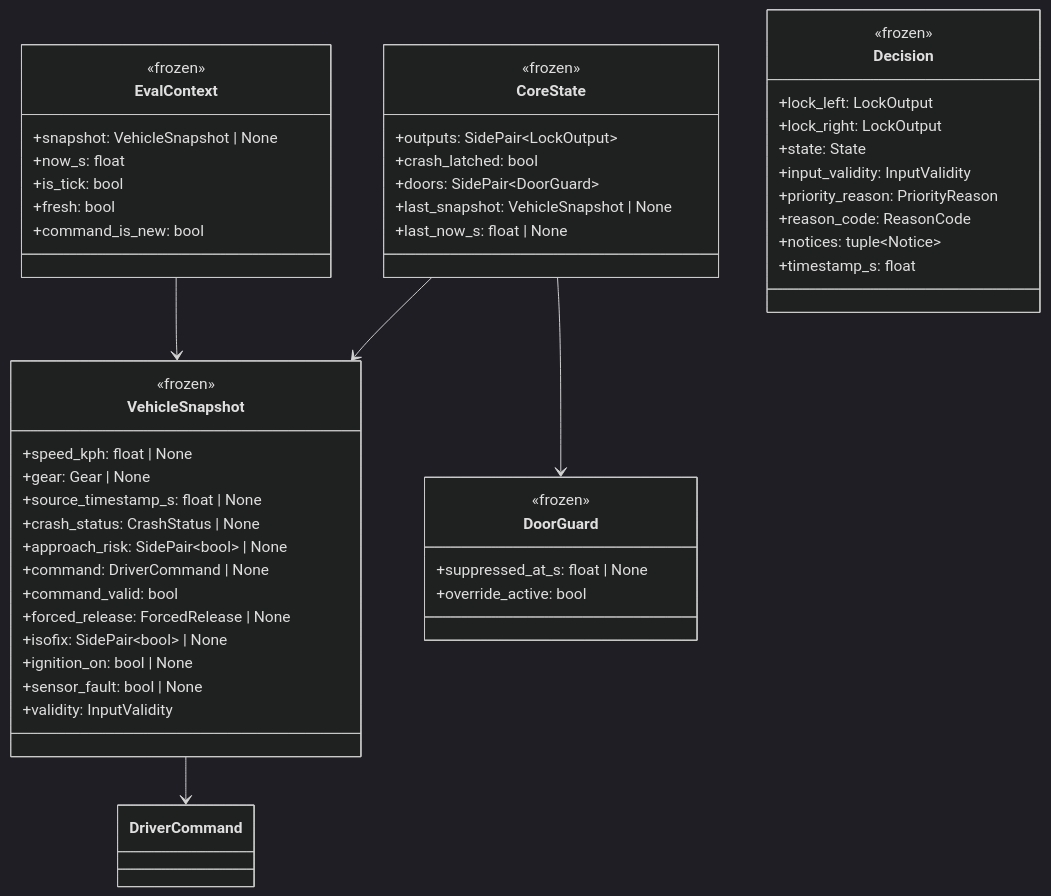
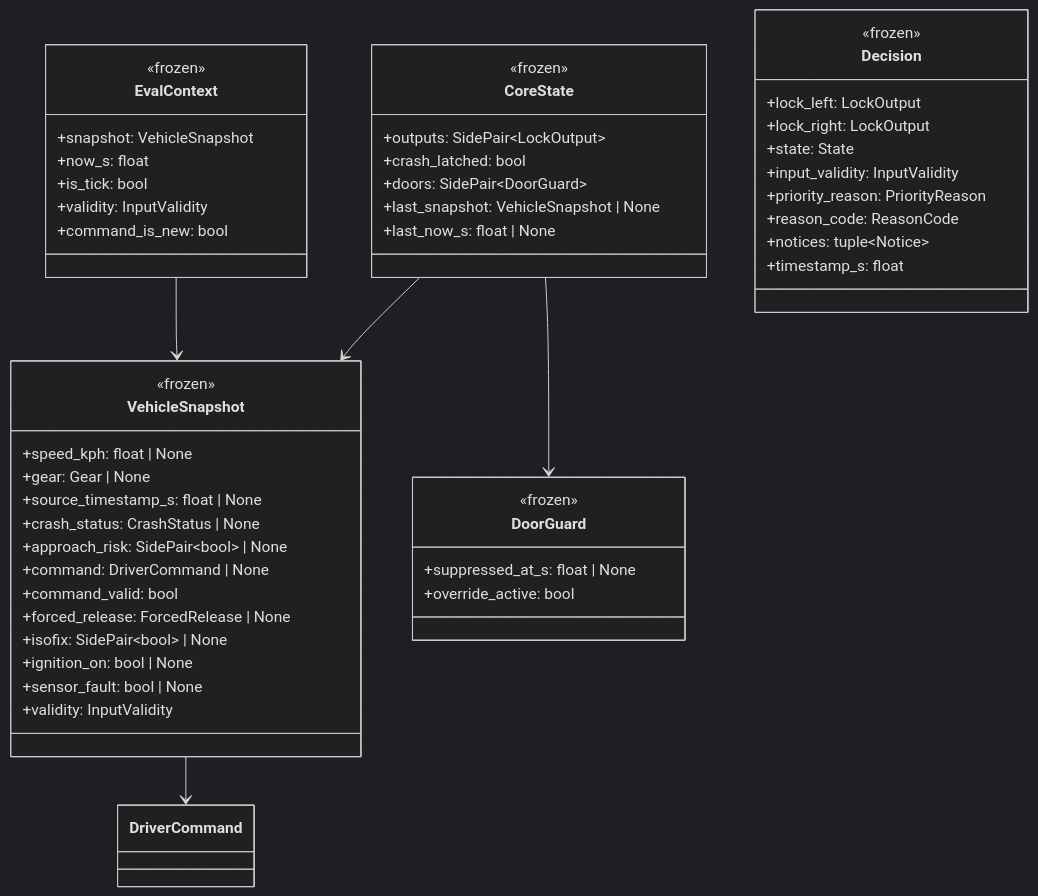
The second of 4 diagrams in docs/02_architecture/SWAD_sw_architecture.md (holybest/ClaudePython), drawn with Mermaid (dark theme) before and after one commit. The commit also changed other lines of this file and 35 other files, not shown here.

````diff
--- a/docs/02_architecture/SWAD_sw_architecture.md
+++ b/docs/02_architecture/SWAD_sw_architecture.md
@@ -100,54 +100,54 @@
 ```mermaid
 classDiagram
     class VehicleSnapshot {
       <<frozen>>
       +speed_kph: float | None
       +gear: Gear | None
       +source_timestamp_s: float | None
       +crash_status: CrashStatus | None
       +approach_risk: SidePair~bool~ | None
       +command: DriverCommand | None
       +command_valid: bool
       +forced_release: ForcedRelease | None
       +isofix: SidePair~bool~ | None
       +ignition_on: bool | None
       +sensor_fault: bool | None
       +validity: InputValidity
     }
     class EvalContext {
       <<frozen>>
-      +snapshot: VehicleSnapshot | None
+      +snapshot: VehicleSnapshot
       +now_s: float
       +is_tick: bool
-      +fresh: bool
+      +validity: InputValidity
       +command_is_new: bool
     }
     class CoreState {
       <<frozen>>
       +outputs: SidePair~LockOutput~
       +crash_latched: bool
       +doors: SidePair~DoorGuard~
       +last_snapshot: VehicleSnapshot | None
       +last_now_s: float | None
     }
     class DoorGuard {
       <<frozen>>
       +suppressed_at_s: float | None
       +override_active: bool
     }
     class Decision {
       <<frozen>>
       +lock_left: LockOutput
       +lock_right: LockOutput
       +state: State
       +input_validity: InputValidity
       +priority_reason: PriorityReason
       +reason_code: ReasonCode
       +notices: tuple~Notice~
       +timestamp_s: float
     }
     VehicleSnapshot --> DriverCommand
     EvalContext --> VehicleSnapshot
     CoreState --> DoorGuard
     CoreState --> VehicleSnapshot
 ```
````
